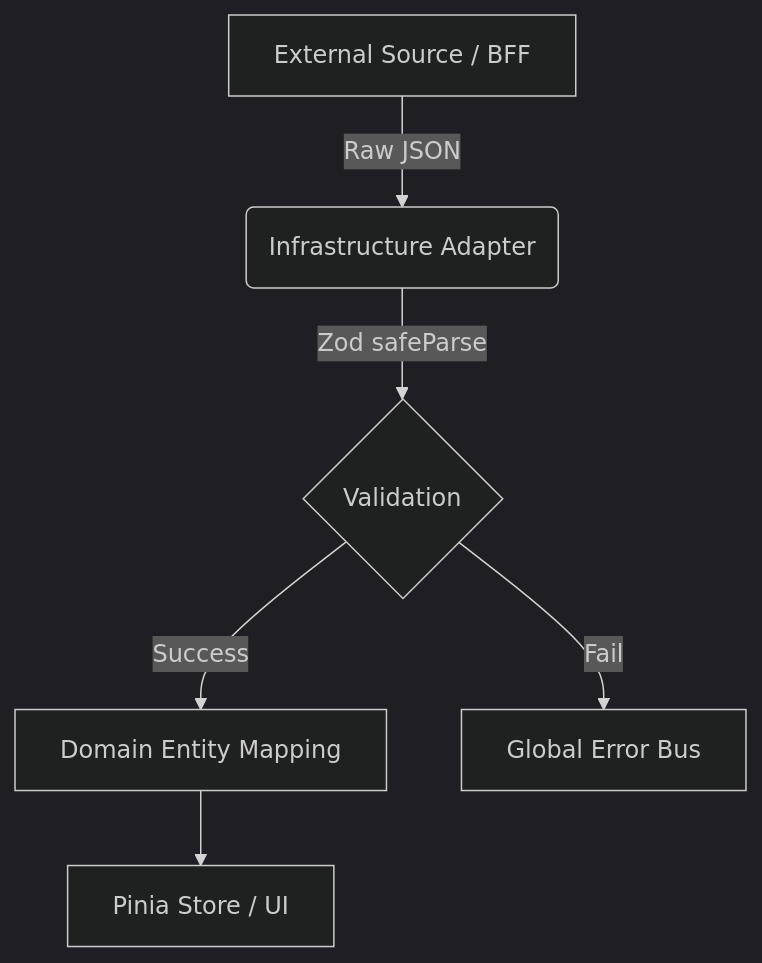
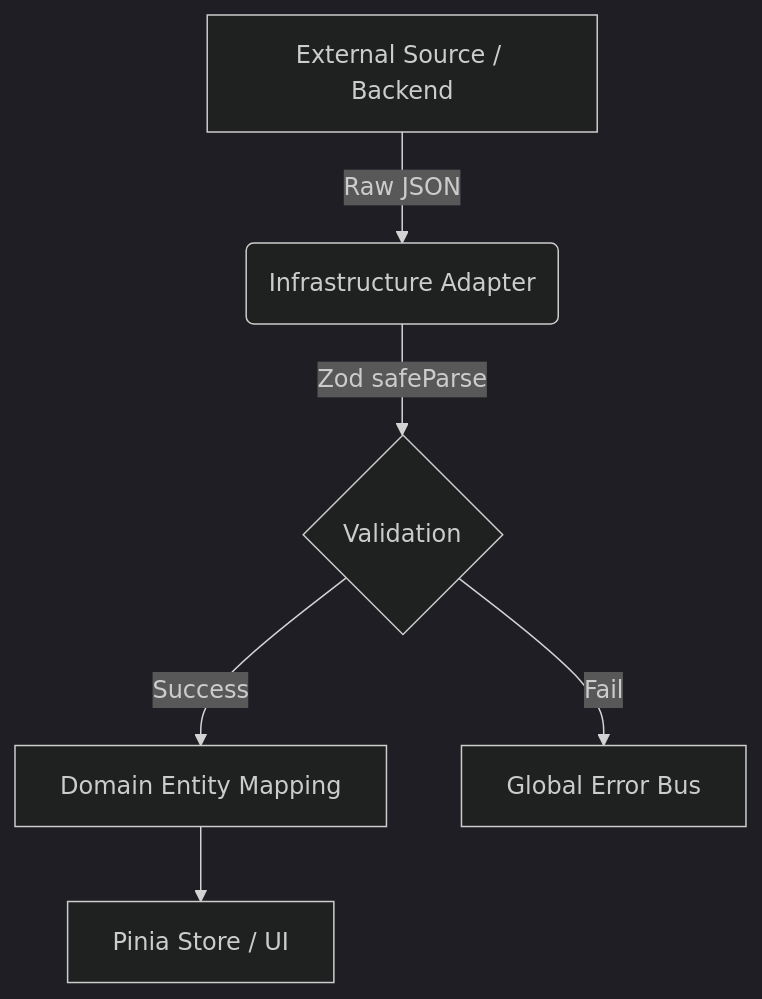
One commit to nelomr/kryptofolio changed the second of 3 diagrams in docs/architecture.md. Above: the diagram before and after it, drawn with Mermaid (dark theme). The commit also changed other lines of this file and 83 other files, not shown here.

Commit message:
feat: backend consolidation, DuckDB adapter, and dual-db architecture

````diff
--- a/docs/architecture.md
+++ b/docs/architecture.md
@@ -77,8 +77,8 @@
 ```mermaid
 flowchart TD
-    A[External Source / BFF] -->|Raw JSON| B(Infrastructure Adapter)
+    A[External Source / Backend] -->|Raw JSON| B(Infrastructure Adapter)
     B -->|Zod safeParse| C{Validation}
     C -->|Success| D[Domain Entity Mapping]
     C -->|Fail| E[Global Error Bus]
     D --> F[Pinia Store / UI]
 ```
````
